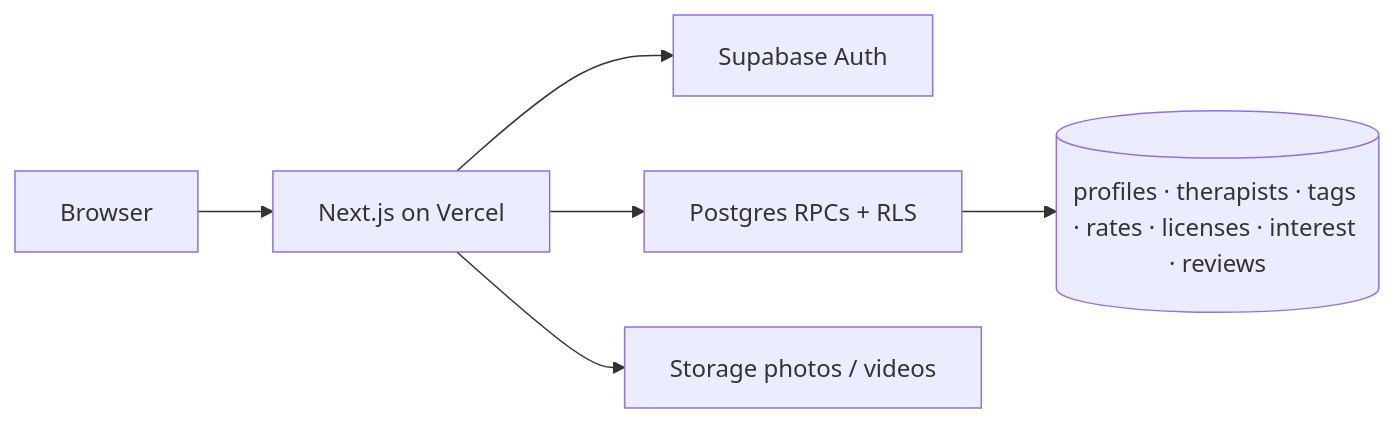
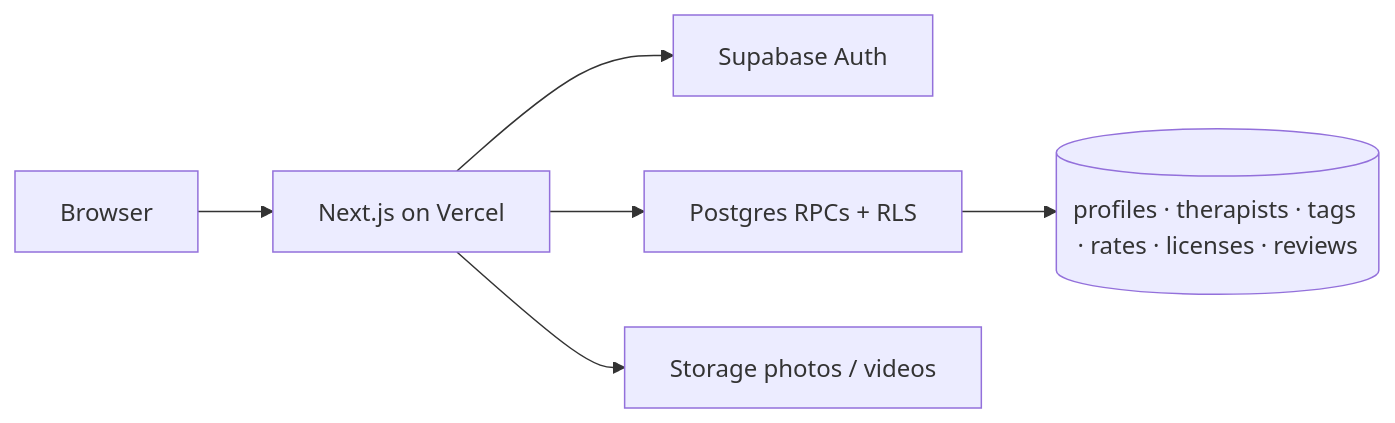
Before and after one commit to mkirby42/kitchen_sink: the diagram in README.md, drawn with Mermaid. The commit also changed other lines of this file and 28 other files, not shown here.

````diff
--- a/README.md
+++ b/README.md
@@ -41,8 +40,8 @@
 ```mermaid
 flowchart LR
   Browser --> Next["Next.js on Vercel"]
   Next --> Auth[Supabase Auth]
   Next --> RPC["Postgres RPCs + RLS"]
   Next --> Store[Storage photos / videos]
-  RPC --> DB[("profiles · therapists · tags · rates · licenses · interest · reviews")]
+  RPC --> DB[("profiles · therapists · tags · rates · licenses · reviews")]
 ```
````
